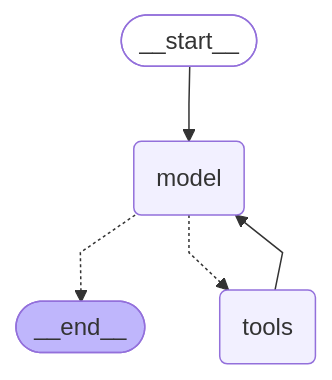
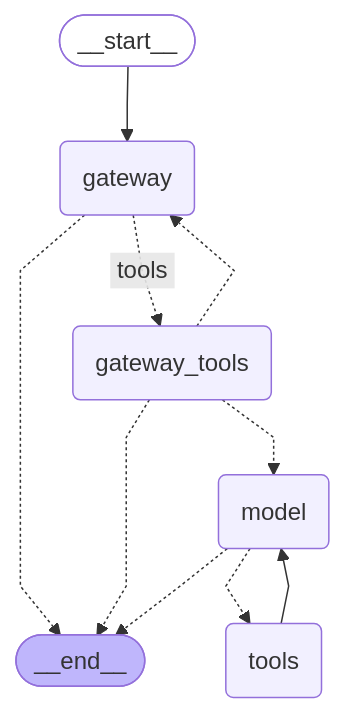
One commit to leosanner/graph_pilot changed the third of 3 diagrams in docs/dev/agent-graph.md. Above: the diagram before and after it, drawn with Mermaid. The commit also changed other lines of this file and 1 other file, not shown here.

First line of the commit message:
docs: describe the gateway layer in the agent graph

````diff
--- a/docs/dev/agent-graph.md
+++ b/docs/dev/agent-graph.md
@@ -37,19 +50,26 @@
 ```mermaid
 ---
 config:
   flowchart:
     curve: linear
 ---
 graph TD;
 	__start__([<p>__start__</p>]):::first
+	gateway(gateway)
+	gateway_tools(gateway_tools)
 	model(model)
 	tools(tools)
 	__end__([<p>__end__</p>]):::last
-	__start__ --> model;
+	__start__ --> gateway;
+	gateway -.-> __end__;
+	gateway -. &nbsp;tools&nbsp; .-> gateway_tools;
+	gateway_tools -.-> __end__;
+	gateway_tools -.-> gateway;
+	gateway_tools -.-> model;
 	model -.-> __end__;
 	model -.-> tools;
 	tools --> model;
 	classDef default fill:#f2f0ff,line-height:1.2
 	classDef first fill-opacity:0
 	classDef last fill:#bfb6fc
 ```
````
